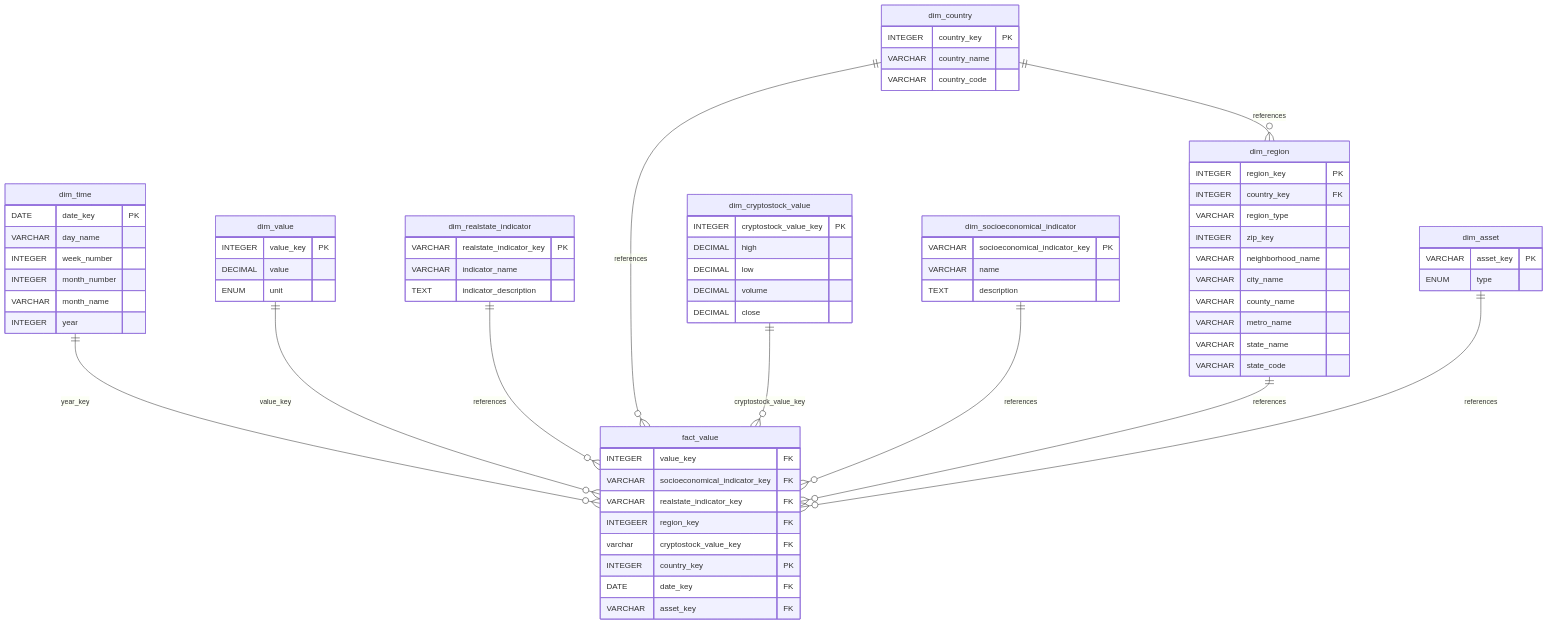
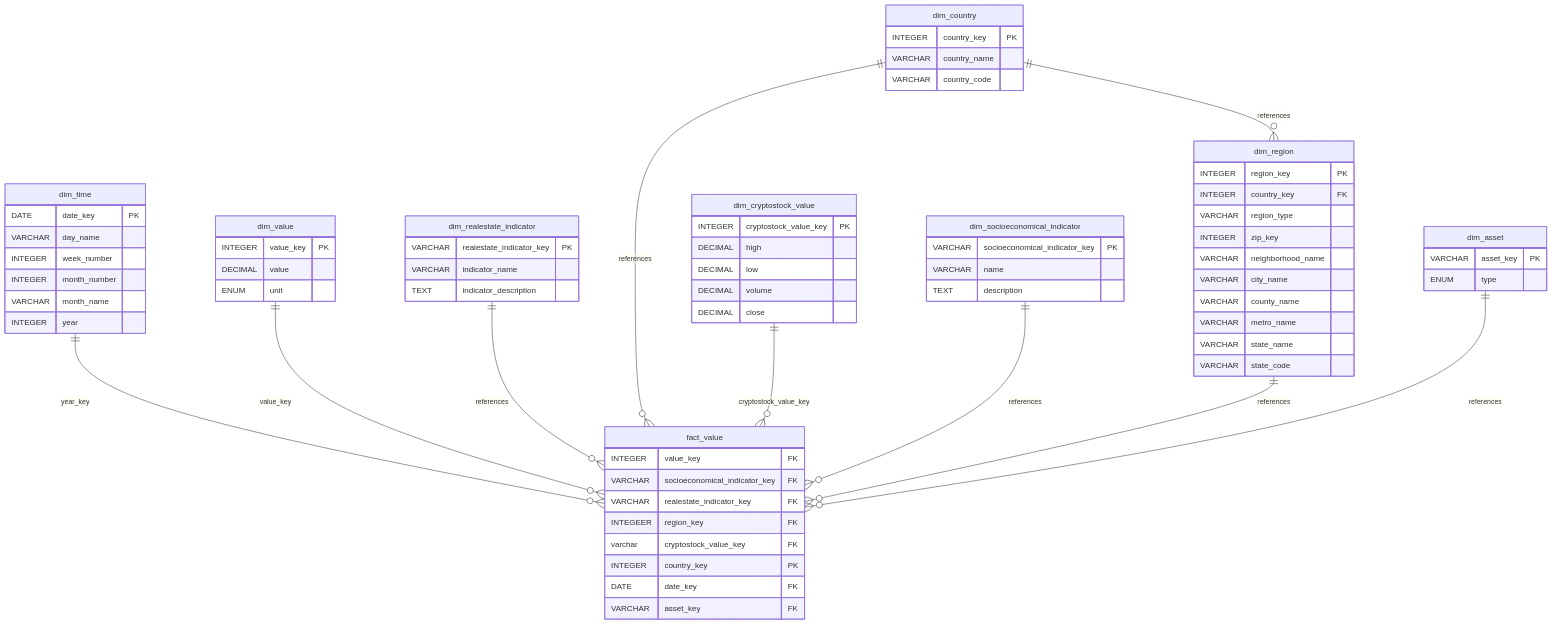
The diagram in src/diagrams/workflow.mmd (VMarkovicz/Data-Engineering-Project), drawn with Mermaid before and after one commit. The commit also changed 3 other files, not shown here.

Commit message:
feat: validation script and creation of duckdb schema

```diff
--- a/src/diagrams/workflow.mmd
+++ b/src/diagrams/workflow.mmd
@@ -1,81 +1,81 @@
 erDiagram
 	direction TB
 	dim_cryptostock_value {
 		INTEGER cryptostock_value_key PK ""  
 		DECIMAL high  ""  
 		DECIMAL low  ""  
 		DECIMAL volume  ""  
 		DECIMAL close  ""  
 	}
 
 	dim_asset {
 		VARCHAR asset_key PK ""  
 		ENUM type  ""  
 	}
 
 	dim_socioeconomical_indicator {
 		VARCHAR socioeconomical_indicator_key PK ""  
 		VARCHAR name  ""  
 		TEXT description  ""  
 	}
 
 	dim_country {
 		INTEGER country_key PK ""  
 		VARCHAR country_name  ""  
 		VARCHAR country_code  ""  
 	}
 
 	dim_value {
 		INTEGER value_key PK ""  
 		DECIMAL value  ""  
 		ENUM unit  ""  
 	}
 
 	dim_time {
 		DATE date_key PK ""  
 		VARCHAR day_name  ""  
 		INTEGER week_number  ""  
 		INTEGER month_number  ""  
 		VARCHAR month_name  ""  
 		INTEGER year  ""  
 	}
 
 	dim_region {
 		INTEGER region_key PK ""  
 		INTEGER country_key FK ""  
 		VARCHAR region_type  ""  
 		INTEGER zip_key  ""  
 		VARCHAR neighborhood_name  ""  
 		VARCHAR city_name  ""  
 		VARCHAR county_name  ""  
 		VARCHAR metro_name  ""  
 		VARCHAR state_name  ""  
 		VARCHAR state_code  ""  
 	}
 
-	dim_realstate_indicator {
-		VARCHAR realstate_indicator_key PK ""  
+	dim_realestate_indicator {
+		VARCHAR realestate_indicator_key PK ""  
 		VARCHAR indicator_name  ""  
 		TEXT indicator_description  ""  
 	}
 
 	fact_value {
 		INTEGER value_key FK ""  
 		VARCHAR socioeconomical_indicator_key FK ""  
-		VARCHAR realstate_indicator_key FK ""  
+		VARCHAR realestate_indicator_key FK ""  
 		INTEGEER region_key FK ""  
 		varchar cryptostock_value_key FK ""  
 		INTEGER country_key PK ""  
 		DATE date_key FK ""  
 		VARCHAR asset_key FK ""  
 	}
 
 	dim_time||--o{fact_value:"year_key"
 	dim_value||--o{fact_value:"value_key"
-	dim_realstate_indicator||--o{fact_value:"references"
+	dim_realestate_indicator||--o{fact_value:"references"
 	dim_country||--o{fact_value:"references"
 	dim_cryptostock_value||--o{fact_value:"cryptostock_value_key"
 	dim_socioeconomical_indicator||--o{fact_value:"references"
 	dim_country||--o{dim_region:"references"
 	dim_region||--o{fact_value           :"references"
 	dim_asset||--o{fact_value:"references"
```
